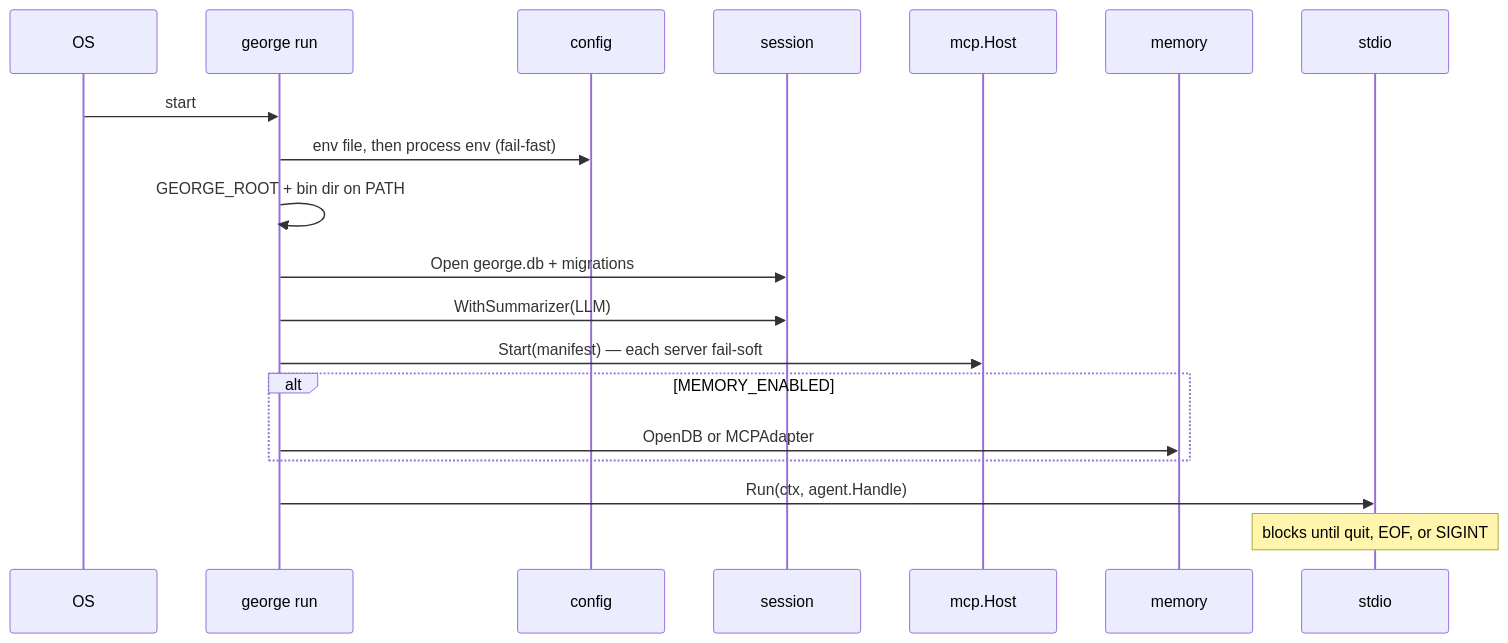
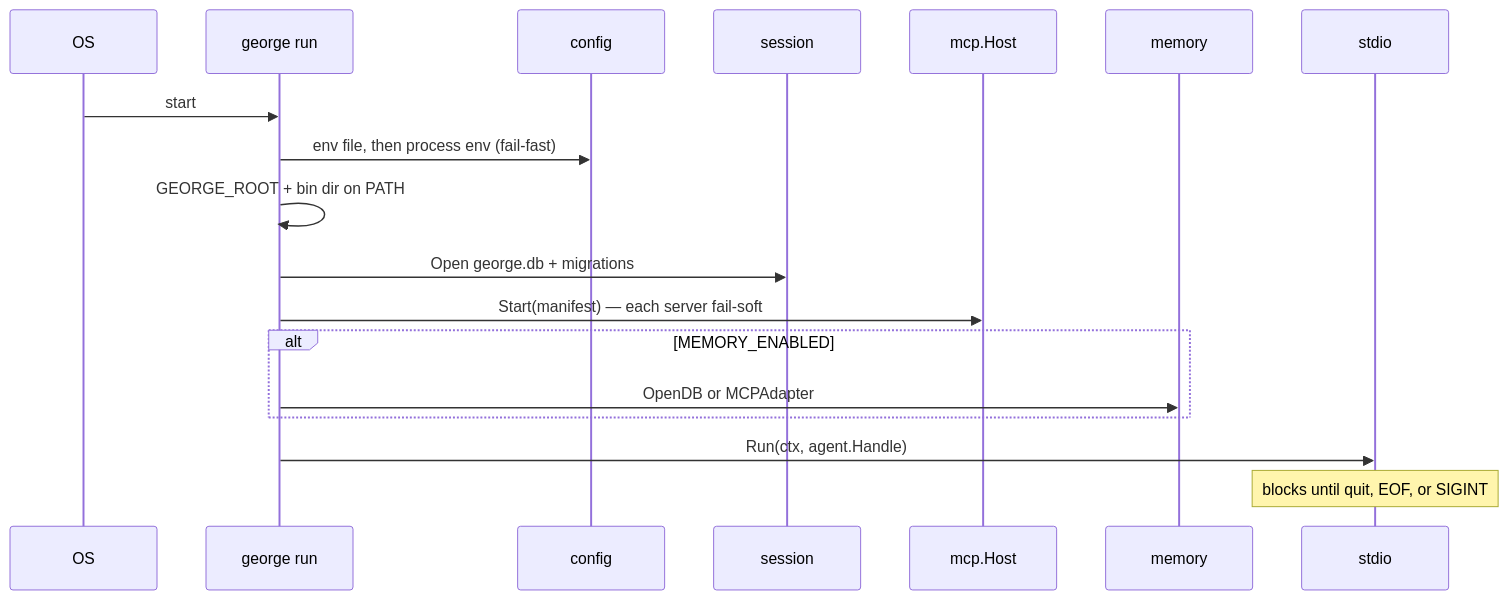
One commit to shotah/ai-george changed the third of 5 diagrams in docs/architecture.md. Above: the diagram before and after it, drawn with Mermaid. The commit also changed other lines of this file and 22 other files, not shown here.

````diff
--- a/docs/architecture.md
+++ b/docs/architecture.md
@@ -132,22 +132,21 @@
 ```mermaid
 sequenceDiagram
   participant OS
   participant Run as george run
   participant Cfg as config
   participant Ses as session
   participant MCP as mcp.Host
   participant Mem as memory
   participant Ch as stdio
 
   OS->>Run: start
   Run->>Cfg: env file, then process env (fail-fast)
   Run->>Run: GEORGE_ROOT + bin dir on PATH
   Run->>Ses: Open george.db + migrations
-  Run->>Ses: WithSummarizer(LLM)
   Run->>MCP: Start(manifest) — each server fail-soft
   alt MEMORY_ENABLED
     Run->>Mem: OpenDB or MCPAdapter
   end
   Run->>Ch: Run(ctx, agent.Handle)
   Note over Ch: blocks until quit, EOF, or SIGINT
 ```
````
